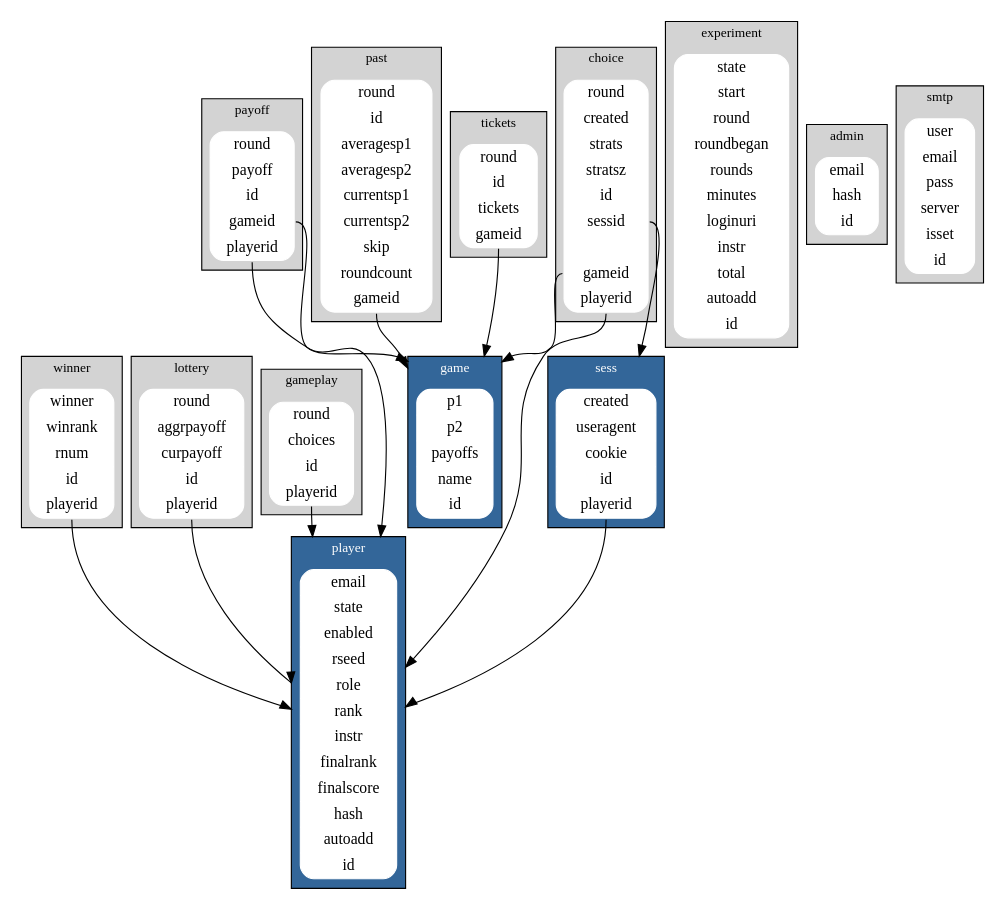
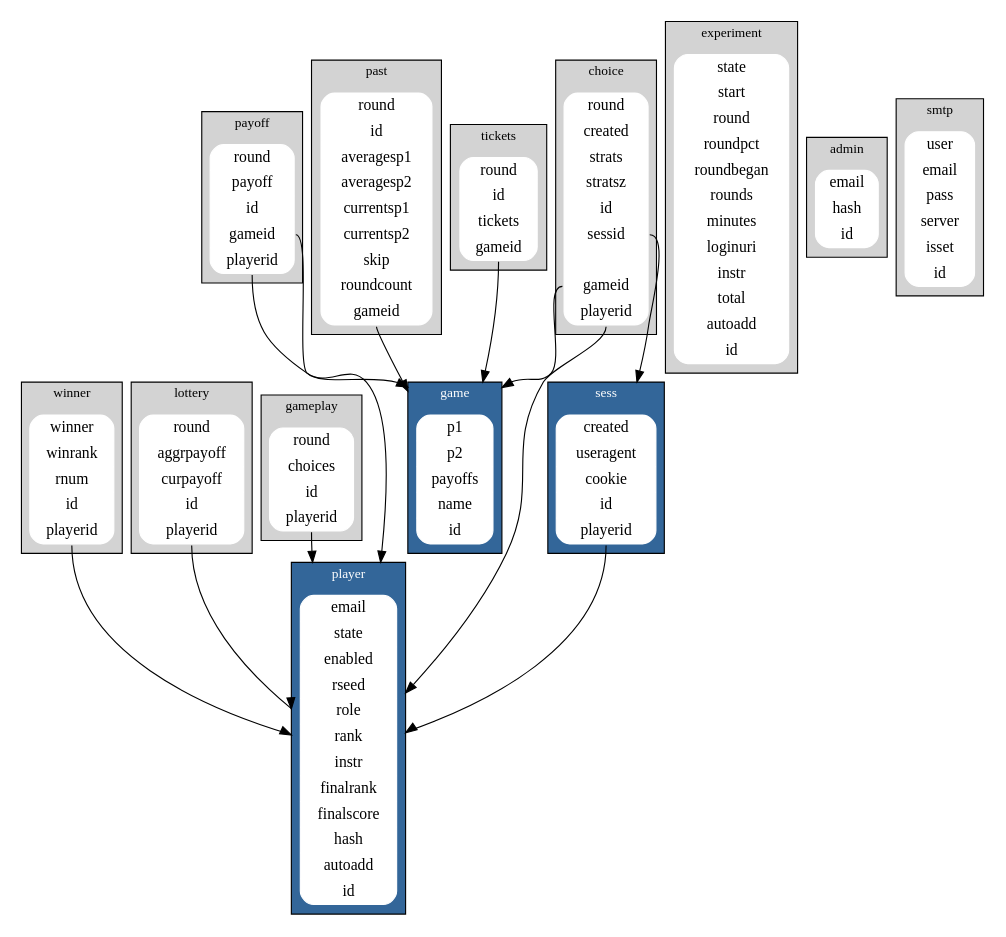
One commit to kristapsdz/gamelab changed the diagram in gamelab.dot. Above: the diagram before and after it, drawn with Graphviz. The commit also changed 10 other files, not shown here.

```diff
--- a/gamelab.dot
+++ b/gamelab.dot
@@ -1,86 +1,86 @@
 digraph {
 	fontsize="12";
 	compound=true;
 	node [shape="record"];
 
 	subgraph cluster_winner {
 		winner [style="filled,rounded"; color="white"; label="{winner | winrank | rnum | id | <f0> playerid}"];
 		label="winner";
 		bgcolor="lightgray";
 	}
 	subgraph cluster_player {
 		player [style="filled,rounded"; color="white"; label="{email | state | enabled | rseed | role | rank | instr | finalrank | finalscore | hash | autoadd | id}"];
 		label="player";
 		fontcolor=white;
 		bgcolor="#336699";
 	}
 	subgraph cluster_lottery {
 		lottery [style="filled,rounded"; color="white"; label="{round | aggrpayoff | curpayoff | id | <f0> playerid}"];
 		label="lottery";
 		bgcolor="lightgray";
 	}
 	subgraph cluster_gameplay {
 		gameplay [style="filled,rounded"; color="white"; label="{round | choices | id | <f0>playerid}"];
 		label="gameplay";
 		bgcolor="lightgray";
 	}
 	subgraph cluster_payoff {
 		payoff [style="filled,rounded"; color="white"; label="{round | payoff | id | <f1> gameid | <f0>playerid}"];
 		label="payoff";
 		bgcolor="lightgray";
 	}
 	subgraph cluster_choice {
 		choice [style="filled,rounded"; color="white"; label="{round | created | strats | stratsz | id | <f2> sessid | | <f1> gameid | <f0> playerid}"];
 		label="choice";
 		bgcolor="lightgray";
 	}
 	subgraph cluster_game {
 		game [style="filled,rounded"; color="white"; label="{p1 | p2 | payoffs | name | id}"];
 		label="game";
 		fontcolor=white;
 		bgcolor="#336699";
 	}
 	subgraph cluster_experiment {
-		experiment [style="filled,rounded"; color="white"; label="{state | start | round | roundbegan | rounds | minutes | loginuri | instr | total | autoadd | id}"];
+		experiment [style="filled,rounded"; color="white"; label="{state | start | round | roundpct | roundbegan | rounds | minutes | loginuri | instr | total | autoadd | id}"];
 		label="experiment";
 		bgcolor="lightgray";
 	}
 	subgraph cluster_sess {
 		sess [style="filled,rounded"; color="white"; label="{created | useragent | cookie | id | <f0> playerid}"];
 		label="sess";
 		fontcolor=white;
 		bgcolor="#336699";
 	}
 	subgraph cluster_admin {
 		admin [style="filled,rounded"; color="white"; label="{email | hash | id}"];
 		label="admin";
 		bgcolor="lightgray";
 	}
 	subgraph cluster_past {
 		past [style="filled,rounded"; color="white"; label="{round | id | averagesp1 | averagesp2 | currentsp1 | currentsp2 | skip | roundcount | <f1> gameid}"];
 		label="past";
 		bgcolor="lightgray";
 	}
 	subgraph cluster_tickets {
 		tickets [style="filled,rounded"; color="white"; label="{round | id | tickets | <f1> gameid}"];
 		label="tickets";
 		bgcolor="lightgray";
 	}
 	subgraph cluster_smtp {
 		smtp [style="filled,rounded"; color="white"; label="{user | email | pass | server | isset | id}"];
 		label="smtp";
 		bgcolor="lightgray";
 	}
 
 	winner:s:f0 -> player [lhead="cluster_player"];
 	lottery:s:f0 -> player [lhead="cluster_player"];
 	gameplay:s:f0 -> player [lhead="cluster_player"];
 	payoff:s:f0 -> player [lhead="cluster_player"];
 	payoff:f1 -> game [lhead="cluster_game"];
 	choice:s:f0 -> player [lhead="cluster_player"];
 	choice:f1 -> game [lhead="cluster_game"];
 	choice:f2 -> sess [lhead="cluster_sess"];
 	sess:s:f0 -> player [lhead="cluster_player"];
 	past:s:f1 -> game [lhead="cluster_game"];
 	tickets:s:f1 -> game [lhead="cluster_game"];
 }
```
